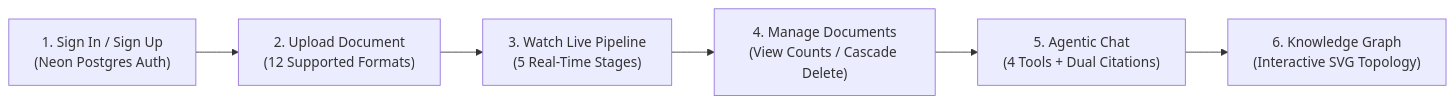
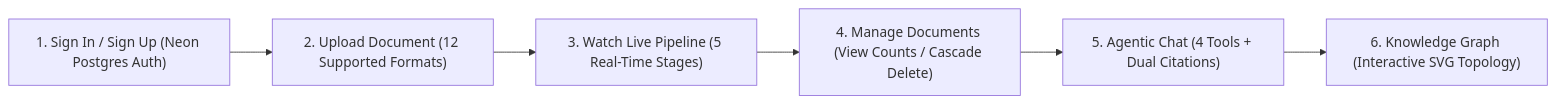
One commit to Dronanaik/adk_rag changed the diagram in docs/USER_GUIDE.md. Above: the diagram before and after it, drawn with Mermaid. The commit also changed 10 other files, not shown here.

````diff
--- a/docs/USER_GUIDE.md
+++ b/docs/USER_GUIDE.md
@@ -9,8 +9,8 @@
 ```mermaid
 flowchart LR
-    A["1. Sign In / Sign Up\n(Neon Postgres Auth)"] --> B["2. Upload Document\n(12 Supported Formats)"]
-    B --> C["3. Watch Live Pipeline\n(5 Real-Time Stages)"]
-    C --> D["4. Manage Documents\n(View Counts / Cascade Delete)"]
-    D --> E["5. Agentic Chat\n(4 Tools + Dual Citations)"]
-    E --> F["6. Knowledge Graph\n(Interactive SVG Topology)"]
+    A["1. Sign In / Sign Up (Neon Postgres Auth)"] --> B["2. Upload Document (12 Supported Formats)"]
+    B --> C["3. Watch Live Pipeline (5 Real-Time Stages)"]
+    C --> D["4. Manage Documents (View Counts / Cascade Delete)"]
+    D --> E["5. Agentic Chat (4 Tools + Dual Citations)"]
+    E --> F["6. Knowledge Graph (Interactive SVG Topology)"]
 ```
````
